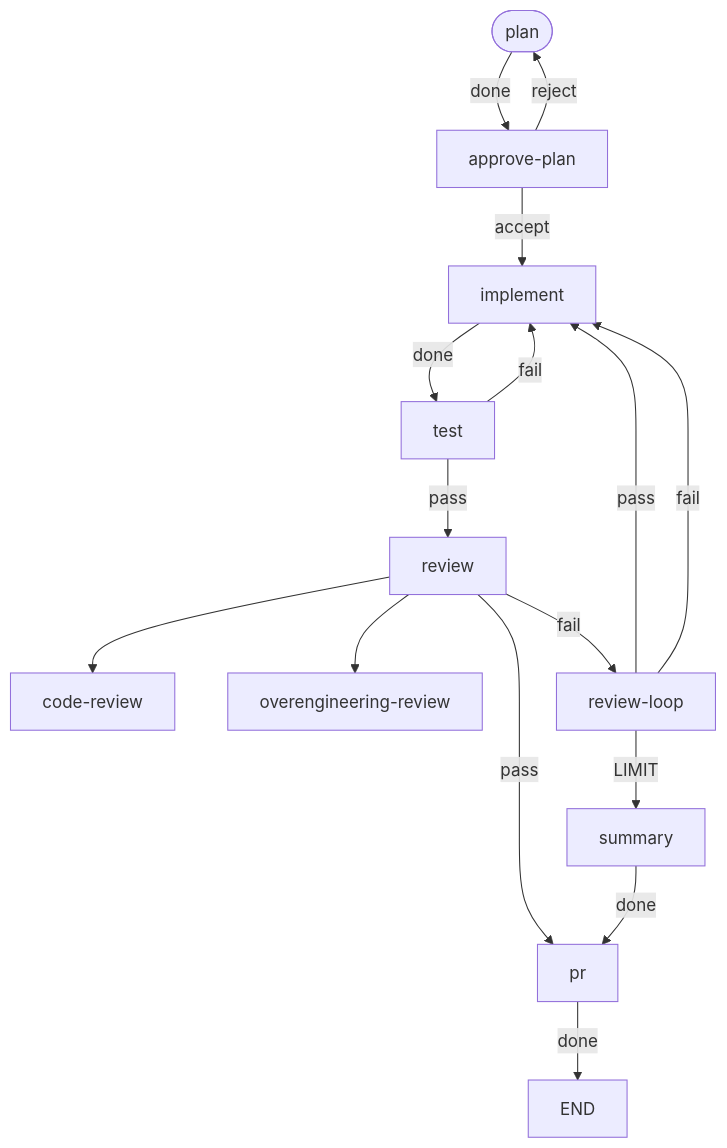
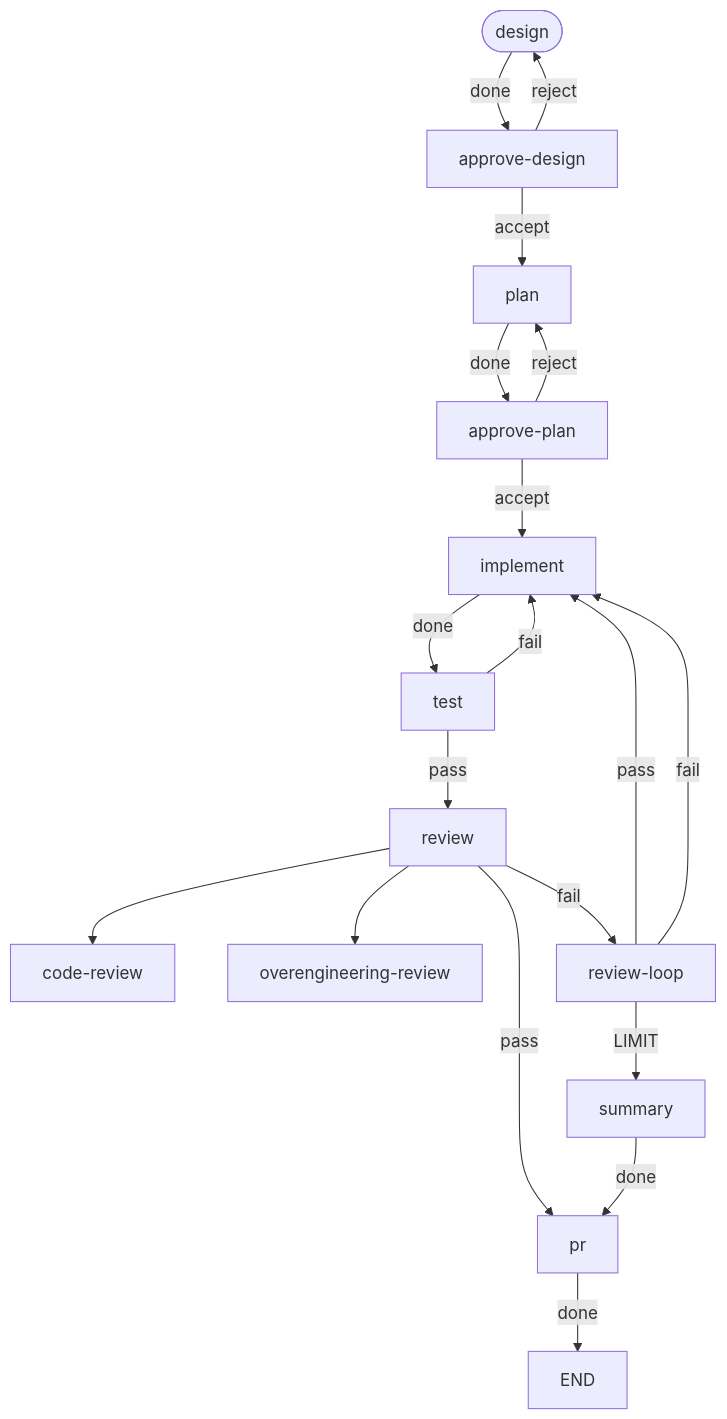
Before and after one commit to sylmarien/workgraph: the diagram in README.md, drawn with Mermaid. The commit also changed other lines of this file and 6 other files, not shown here.

````diff
--- a/README.md
+++ b/README.md
@@ -11,19 +11,22 @@
 ```mermaid
 flowchart TD
-    plan([plan])
+    design([design])
+    design -->|done| approve-design
+    approve-design -->|accept| plan
+    approve-design -->|reject| design
     plan -->|done| approve-plan
     approve-plan -->|accept| implement
     approve-plan -->|reject| plan
     implement -->|done| test
     test -->|pass| review
     test -->|fail| implement
     review --> code-review
     review --> overengineering-review
     review -->|pass| pr
     review -->|fail| review-loop
     review-loop -->|pass| implement
     review-loop -->|fail| implement
     review-loop -->|LIMIT| summary
     summary -->|done| pr
     pr -->|done| END
 ```
````
